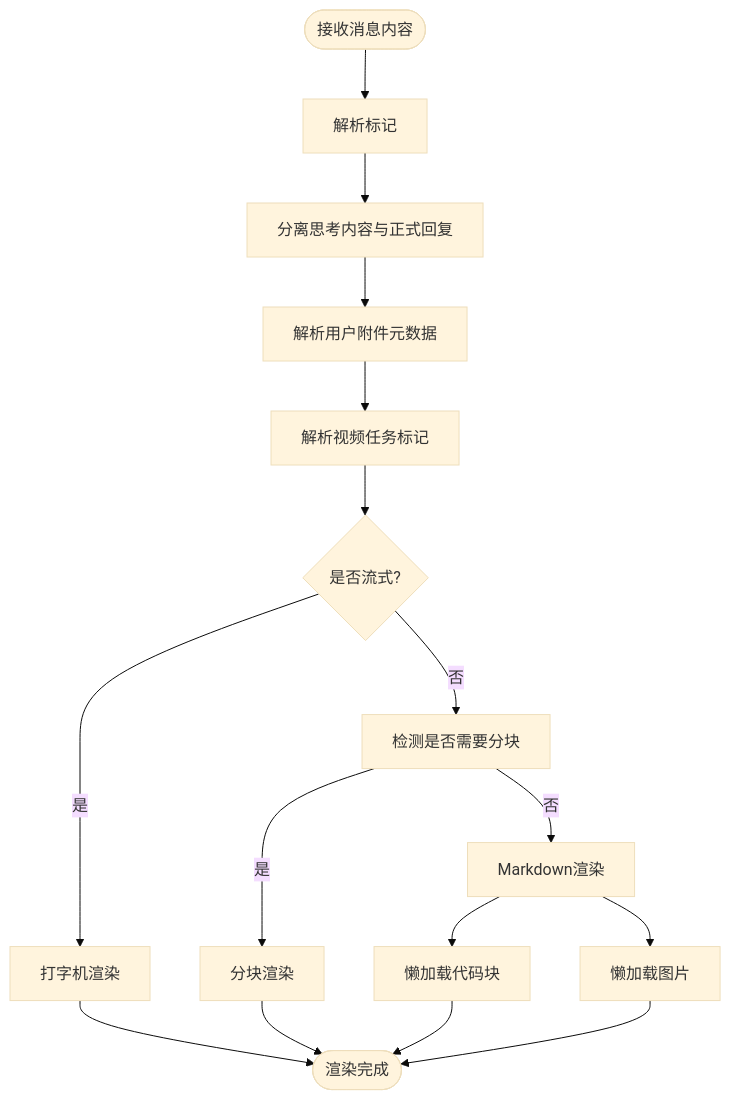
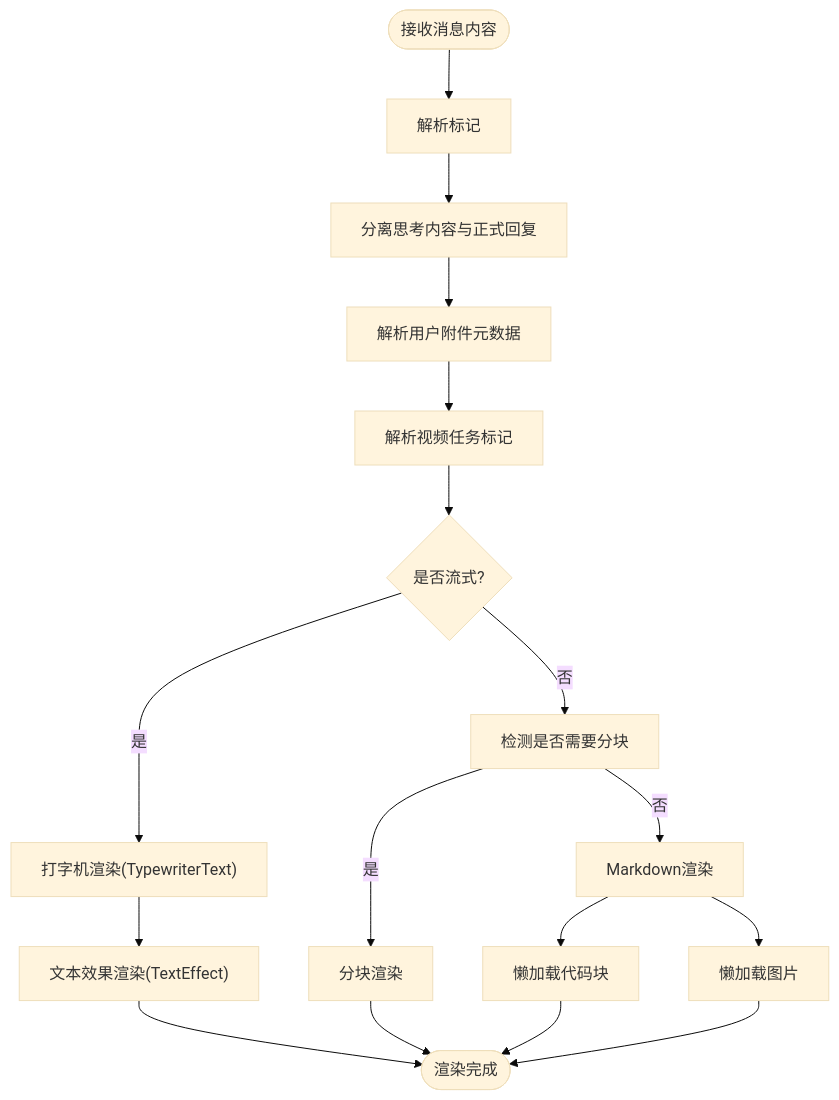
Before and after one commit to KunLabAI/KunFlix: the fourth of 15 diagrams in .qoder/repowiki/zh/content/系统架构/前端架构/组件架构/AI助手组件.md, drawn with Mermaid (base theme). The commit also changed other lines of this file and 12 other files, not shown here.

````diff
--- a/.qoder/repowiki/zh/content/系统架构/前端架构/组件架构/AI助手组件.md
+++ b/.qoder/repowiki/zh/content/系统架构/前端架构/组件架构/AI助手组件.md
@@ -245,18 +273,19 @@
 ```mermaid
 flowchart TD
 In(["接收消息内容"]) --> ParseThink["解析<think>标记"]
 ParseThink --> Split["分离思考内容与正式回复"]
 Split --> ParseAttach["解析用户附件元数据"]
 ParseAttach --> ParseVideo["解析视频任务标记"]
 ParseVideo --> DecideRender{"是否流式?"}
-DecideRender --> |是| Typewriter["打字机渲染"]
+DecideRender --> |是| Typewriter["打字机渲染(TypewriterText)"]
 DecideRender --> |否| ChunkCheck["检测是否需要分块"]
 ChunkCheck --> |是| ChunkRender["分块渲染"]
 ChunkCheck --> |否| Markdown["Markdown渲染"]
 Markdown --> LazyCode["懒加载代码块"]
 Markdown --> LazyImg["懒加载图片"]
-Typewriter --> RenderDone(["渲染完成"])
+Typewriter --> TextEffect["文本效果渲染(TextEffect)"]
+TextEffect --> RenderDone(["渲染完成"])
 ChunkRender --> RenderDone
 LazyCode --> RenderDone
 LazyImg --> RenderDone
 ```
````
